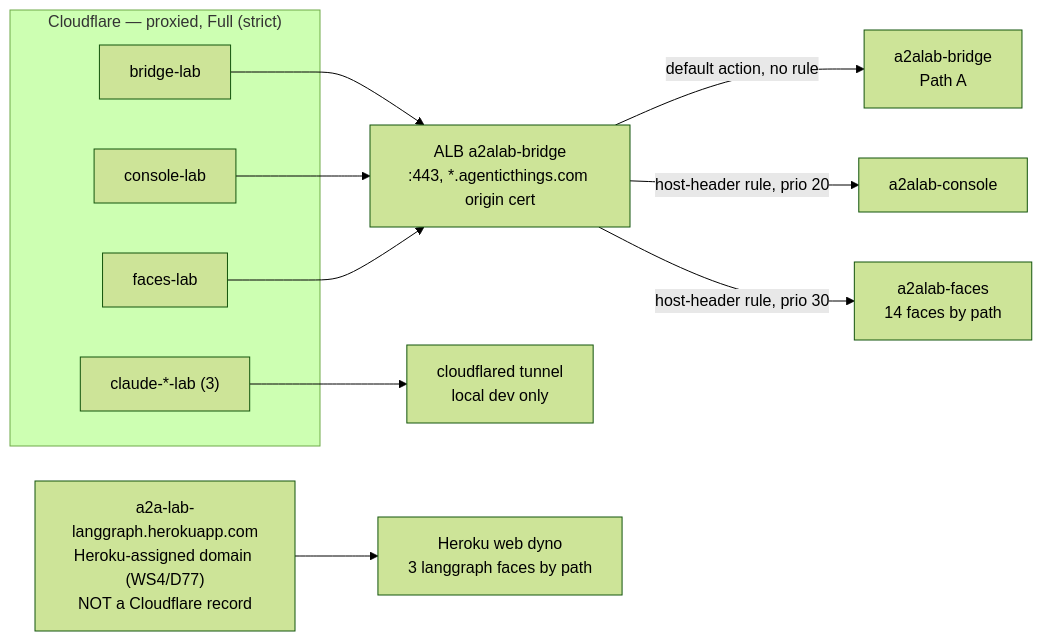
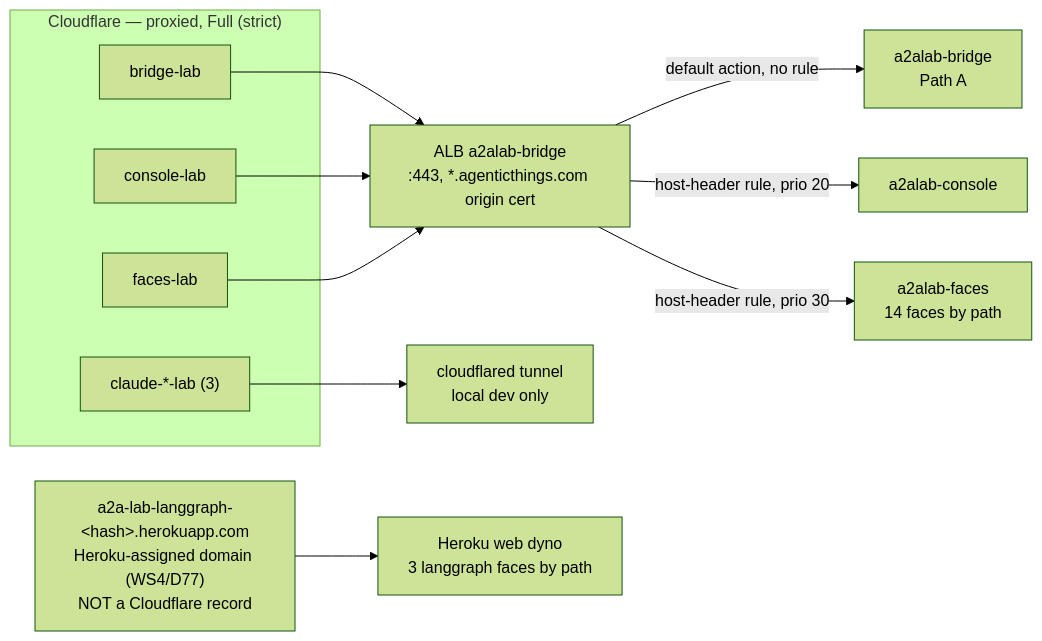
One commit to congmingwudi/a2a-lab changed the eighth of 11 diagrams in plan/09-deployment-map.md. Above: the diagram before and after it, drawn with Mermaid (forest theme). The commit also changed other lines of this file and 15 other files, not shown here.

First line of the commit message:
WS30: Digital Wallet consumption tab scaffold + architecture sweep fixes

````diff
--- a/plan/09-deployment-map.md
+++ b/plan/09-deployment-map.md
@@ -857,24 +958,24 @@
 ```mermaid
 flowchart LR
   subgraph CF["Cloudflare — proxied, Full (strict)"]
     H1["bridge-lab"]
     H2["console-lab"]
     H3["faces-lab"]
     H4["claude-*-lab (3)"]
   end
 
   ALB["ALB a2alab-bridge<br/>:443, *.agenticthings.com origin cert"]
   TUN["cloudflared tunnel<br/>local dev only"]
-  HK["a2a-lab-langgraph.herokuapp.com<br/>Heroku-assigned domain (WS4/D77)<br/>NOT a Cloudflare record"]
+  HK["a2a-lab-langgraph-&lt;hash&gt;.herokuapp.com<br/>Heroku-assigned domain (WS4/D77)<br/>NOT a Cloudflare record"]
 
   H1 --> ALB
   H2 --> ALB
   H3 --> ALB
   H4 --> TUN
 
   ALB -->|"default action, no rule"| BR["a2alab-bridge<br/>Path A"]
   ALB -->|"host-header rule, prio 20"| CON["a2alab-console"]
   ALB -->|"host-header rule, prio 30"| FAC["a2alab-faces<br/>14 faces by path"]
 
   HK --> DYN["Heroku web dyno<br/>3 langgraph faces by path"]
 ```
````
